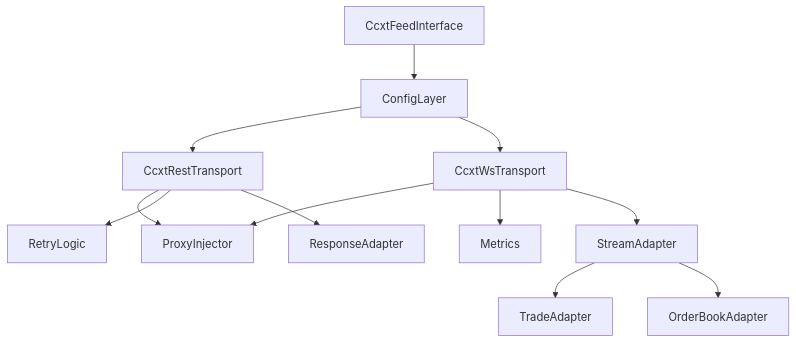
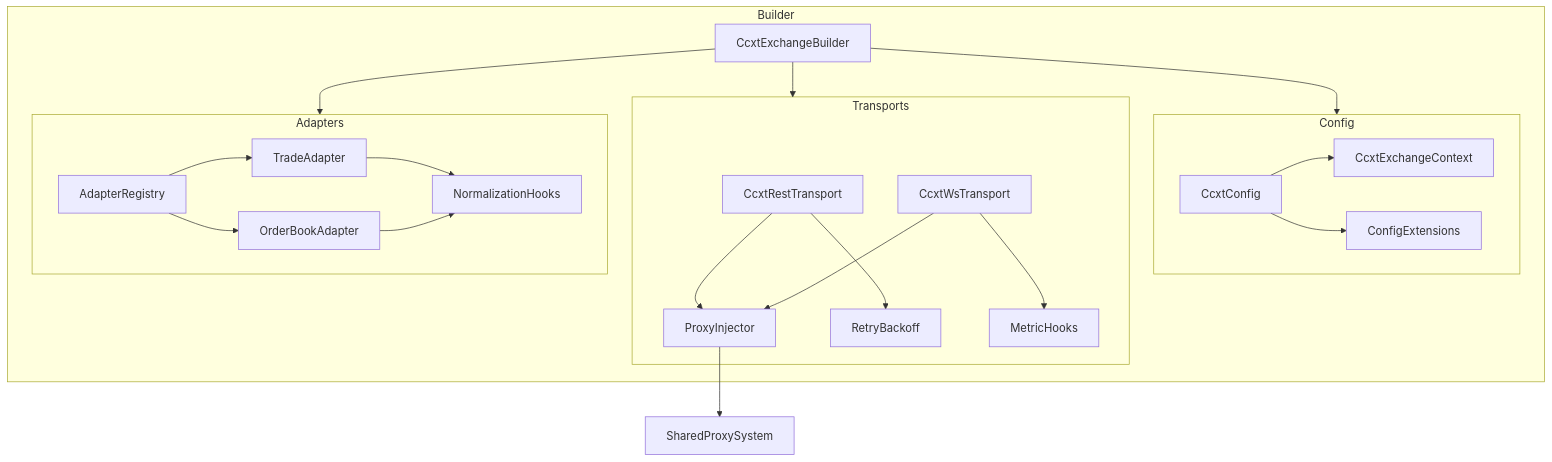
The diagram in .kiro/specs/ccxt-generic-pro-exchange/design.md (bmoscon/cryptofeed), drawn with Mermaid before and after one commit. The commit also changed other lines of this file and 48 other files, not shown here.

````diff
--- a/.kiro/specs/ccxt-generic-pro-exchange/design.md
+++ b/.kiro/specs/ccxt-generic-pro-exchange/design.md
@@ -18,14 +33,25 @@
 ```mermaid
 graph TD
-    CcxtFeedInterface --> ConfigLayer
-    ConfigLayer --> CcxtRestTransport
-    ConfigLayer --> CcxtWsTransport
-    CcxtRestTransport --> ProxyInjector
-    CcxtWsTransport --> ProxyInjector
-    CcxtRestTransport --> RetryLogic
-    CcxtWsTransport --> Metrics
-    CcxtRestTransport --> ResponseAdapter
-    CcxtWsTransport --> StreamAdapter
-    StreamAdapter --> TradeAdapter
-    StreamAdapter --> OrderBookAdapter
+    subgraph Config
+        CcxtConfig --> CcxtExchangeContext
+        CcxtConfig --> ConfigExtensions
+    end
+    subgraph Transports
+        CcxtRestTransport --> ProxyInjector
+        CcxtWsTransport --> ProxyInjector
+        CcxtRestTransport --> RetryBackoff
+        CcxtWsTransport --> MetricHooks
+    end
+    subgraph Adapters
+        TradeAdapter --> NormalizationHooks
+        OrderBookAdapter --> NormalizationHooks
+        AdapterRegistry --> TradeAdapter
+        AdapterRegistry --> OrderBookAdapter
+    end
+    subgraph Builder
+        CcxtExchangeBuilder --> Config
+        CcxtExchangeBuilder --> Transports
+        CcxtExchangeBuilder --> Adapters
+    end
+    ProxyInjector --> SharedProxySystem
 ```
````
